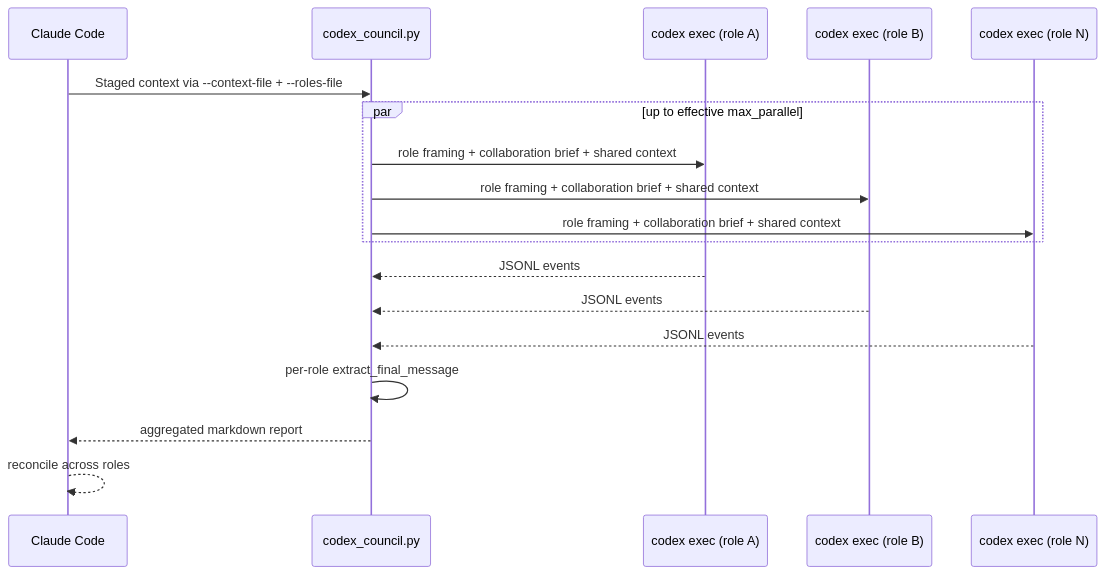
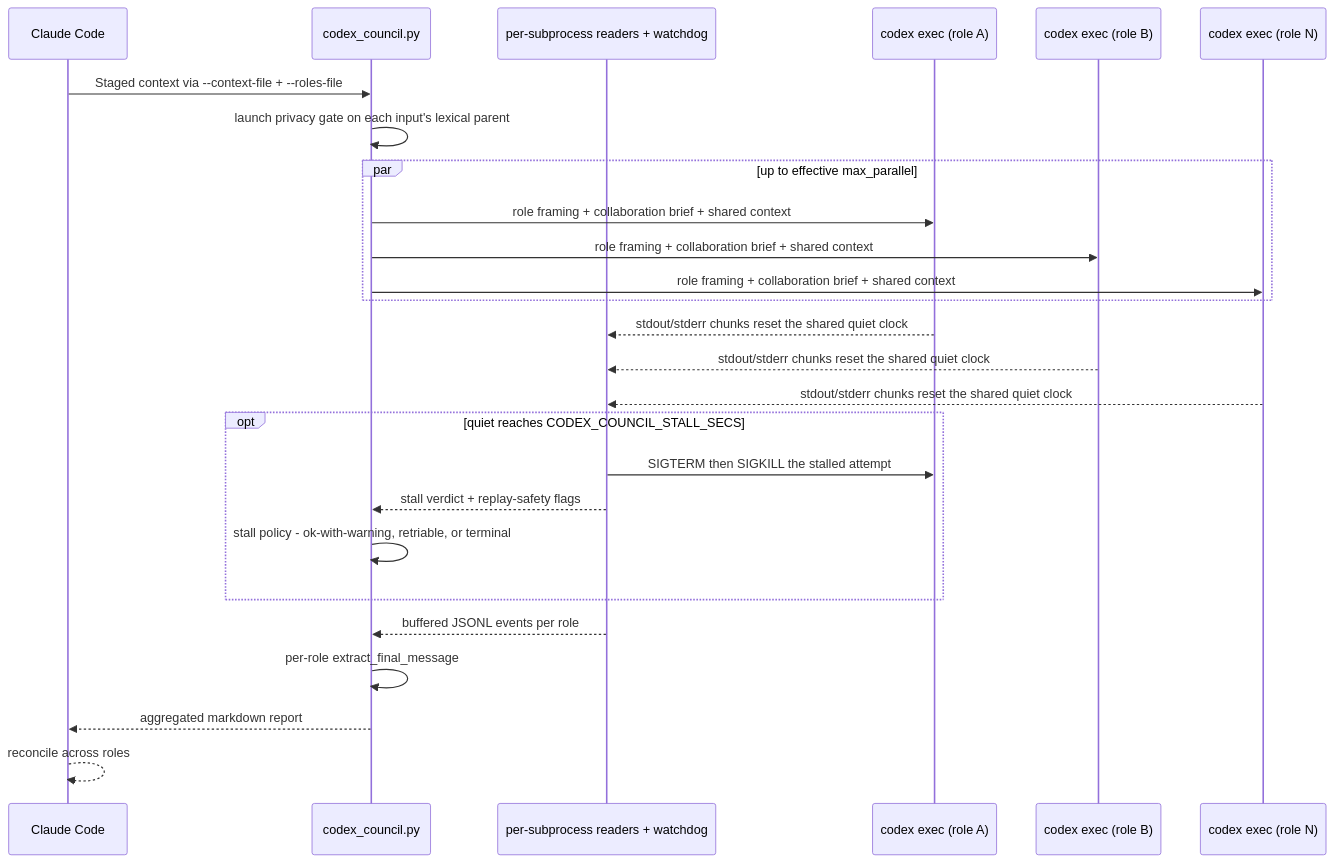
The first of 3 diagrams in DESIGN.md (ehzawad/codex-council), drawn with Mermaid before and after one commit. The commit also changed other lines of this file and 8 other files, not shown here.

````diff
--- a/DESIGN.md
+++ b/DESIGN.md
@@ -97,21 +104,29 @@
 ```mermaid
 sequenceDiagram
     participant C as Claude Code
     participant T as codex_council.py
+    participant R as per-subprocess readers + watchdog
     participant A as codex exec (role A)
     participant B as codex exec (role B)
     participant N as codex exec (role N)
 
     C->>T: Staged context via --context-file + --roles-file
+    T->>T: launch privacy gate on each input's lexical parent
     par up to effective max_parallel
         T->>A: role framing + collaboration brief + shared context
         T->>B: role framing + collaboration brief + shared context
         T->>N: role framing + collaboration brief + shared context
     end
-    A-->>T: JSONL events
-    B-->>T: JSONL events
-    N-->>T: JSONL events
+    A-->>R: stdout/stderr chunks reset the shared quiet clock
+    B-->>R: stdout/stderr chunks reset the shared quiet clock
+    N-->>R: stdout/stderr chunks reset the shared quiet clock
+    opt quiet reaches CODEX_COUNCIL_STALL_SECS
+        R->>A: SIGTERM then SIGKILL the stalled attempt
+        R-->>T: stall verdict + replay-safety flags
+        T->>T: stall policy - ok-with-warning, retriable, or terminal
+    end
+    R-->>T: buffered JSONL events per role
     T->>T: per-role extract_final_message
     T-->>C: aggregated markdown report
     C-->>C: reconcile across roles
 ```
````
